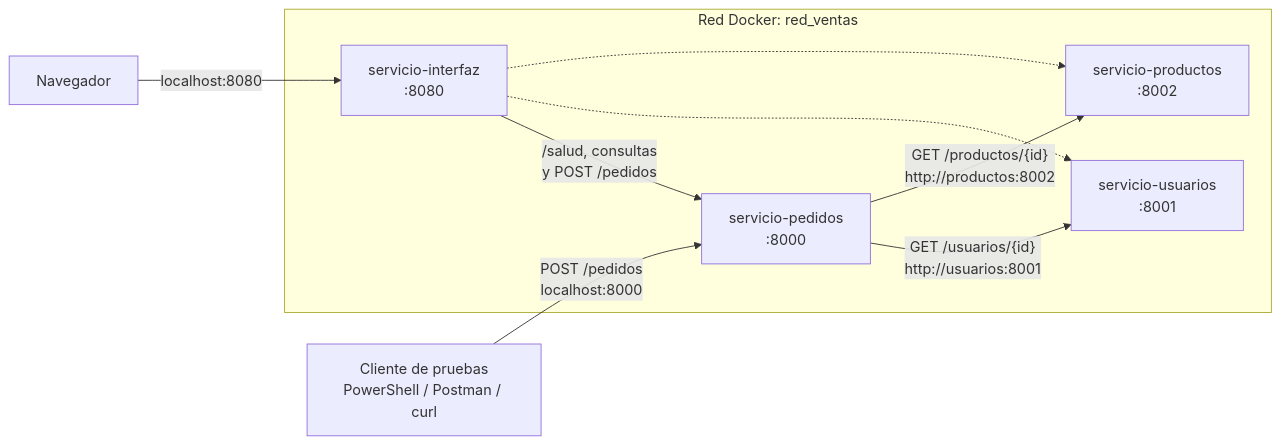
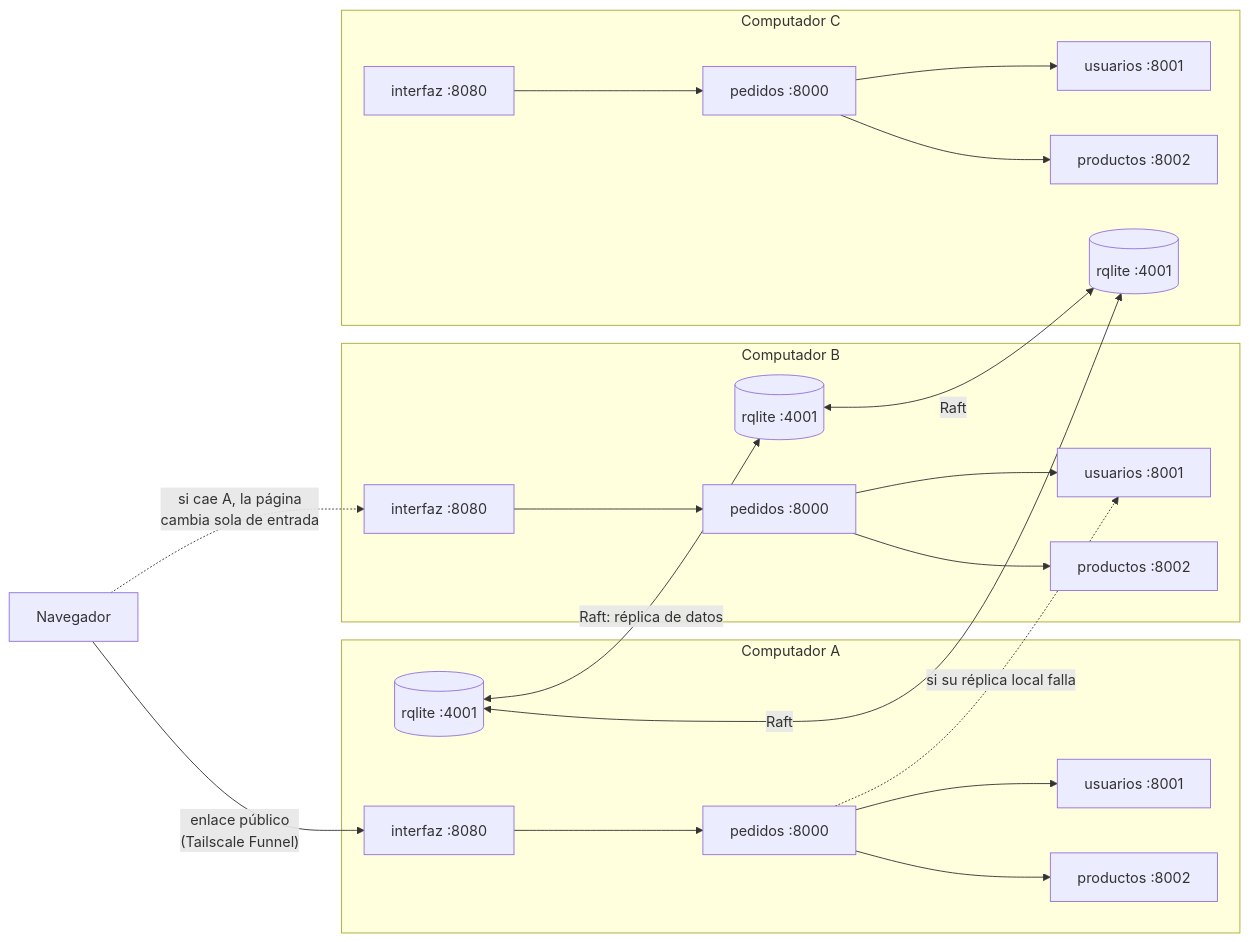
Before and after one commit to Maycolb3/laboratorio-ventas: the diagram in README.md, drawn with Mermaid. The commit also changed other lines of this file and 20 other files, not shown here.

````diff
--- a/README.md
+++ b/README.md
@@ -42,16 +44,27 @@
 ```mermaid
 flowchart LR
-    C["Cliente de pruebas<br/>PowerShell / Postman / curl"] -- "POST /pedidos<br/>localhost:8000" --> PED
-    N["Navegador"] -- "localhost:8080" --> INT
-    subgraph RED["Red Docker: red_ventas"]
-        INT["servicio-interfaz<br/>:8080"]
-        INT -- "/salud, consultas<br/>y POST /pedidos" --> PED
-        INT -.-> USU
-        INT -.-> PRO
-        PED["servicio-pedidos<br/>:8000"]
-        USU["servicio-usuarios<br/>:8001"]
-        PRO["servicio-productos<br/>:8002"]
-        PED -- "GET /usuarios/{id}<br/>http://usuarios:8001" --> USU
-        PED -- "GET /productos/{id}<br/>http://productos:8002" --> PRO
+    N["Navegador"] -- "enlace público<br/>(Tailscale Funnel)" --> IA
+    N -. "si cae A, la página<br/>cambia sola de entrada" .-> IB
+    subgraph A["Computador A"]
+        IA["interfaz :8080"] --> PA["pedidos :8000"]
+        PA --> UA["usuarios :8001"]
+        PA --> RA["productos :8002"]
+        DA[("rqlite :4001")]
     end
+    subgraph B["Computador B"]
+        IB["interfaz :8080"] --> PB["pedidos :8000"]
+        PB --> UB["usuarios :8001"]
+        PB --> RB["productos :8002"]
+        DB[("rqlite :4001")]
+    end
+    subgraph C["Computador C"]
+        IC["interfaz :8080"] --> PC["pedidos :8000"]
+        PC --> UC["usuarios :8001"]
+        PC --> RC["productos :8002"]
+        DC[("rqlite :4001")]
+    end
+    DA <-- "Raft: réplica de datos" --> DB
+    DB <-- "Raft" --> DC
+    DA <-- "Raft" --> DC
+    PA -. "si su réplica local falla" .-> UB
 ```
````
